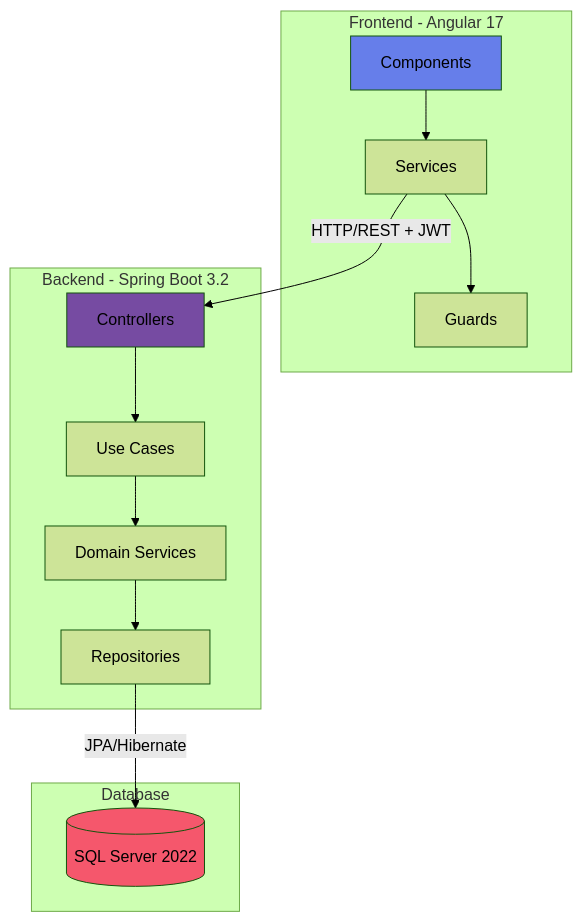
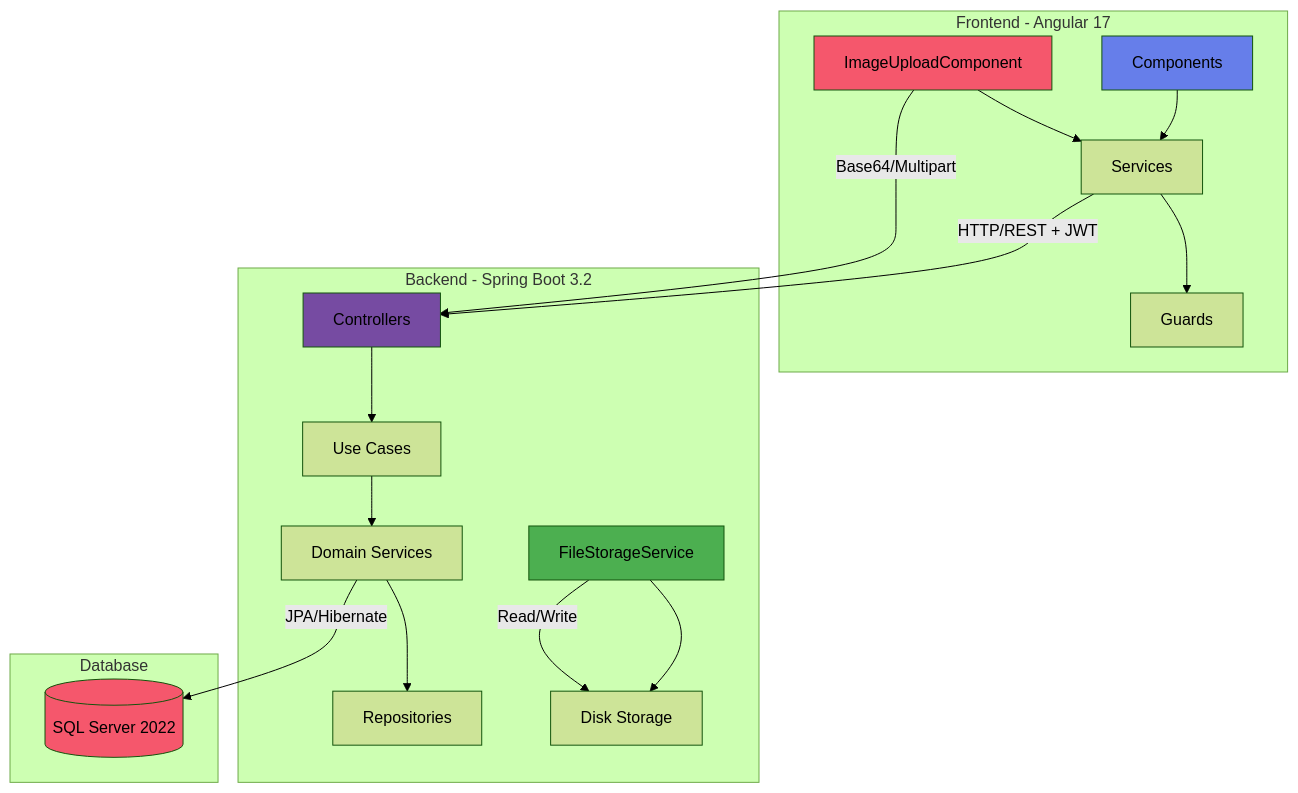
The diagram in README.md (Soufiane4906/DigicampMonitoring), drawn with Mermaid (forest theme) before and after one commit. The commit also changed other lines of this file, not shown here.

Commit message:
docs: Update README with image upload features and new documentation

````diff
--- a/README.md
+++ b/README.md
@@ -66,24 +93,30 @@
 ```mermaid
 graph TB
     subgraph "Frontend - Angular 17"
         A[Components] --> B[Services]
         B --> C[Guards]
+        D[ImageUploadComponent] --> B
     end
     
     subgraph "Backend - Spring Boot 3.2"
-        D[Controllers] --> E[Use Cases]
-        E --> F[Domain Services]
-        F --> G[Repositories]
+        E[Controllers] --> F[Use Cases]
+        F --> G[Domain Services]
+        G --> H[Repositories]
+        I[FileStorageService] --> J[Disk Storage]
     end
     
     subgraph "Database"
-        H[(SQL Server 2022)]
+        K[(SQL Server 2022)]
     end
     
-    B -->|HTTP/REST + JWT| D
-    G -->|JPA/Hibernate| H
+    B -->|HTTP/REST + JWT| E
+    D -->|Base64/Multipart| E
+    G -->|JPA/Hibernate| K
+    I -->|Read/Write| J
     
     style A fill:#667eea
-    style D fill:#764ba2
-    style H fill:#f5576c
+    style D fill:#f5576c
+    style E fill:#764ba2
+    style I fill:#4CAF50
+    style K fill:#f5576c
 ```
````
